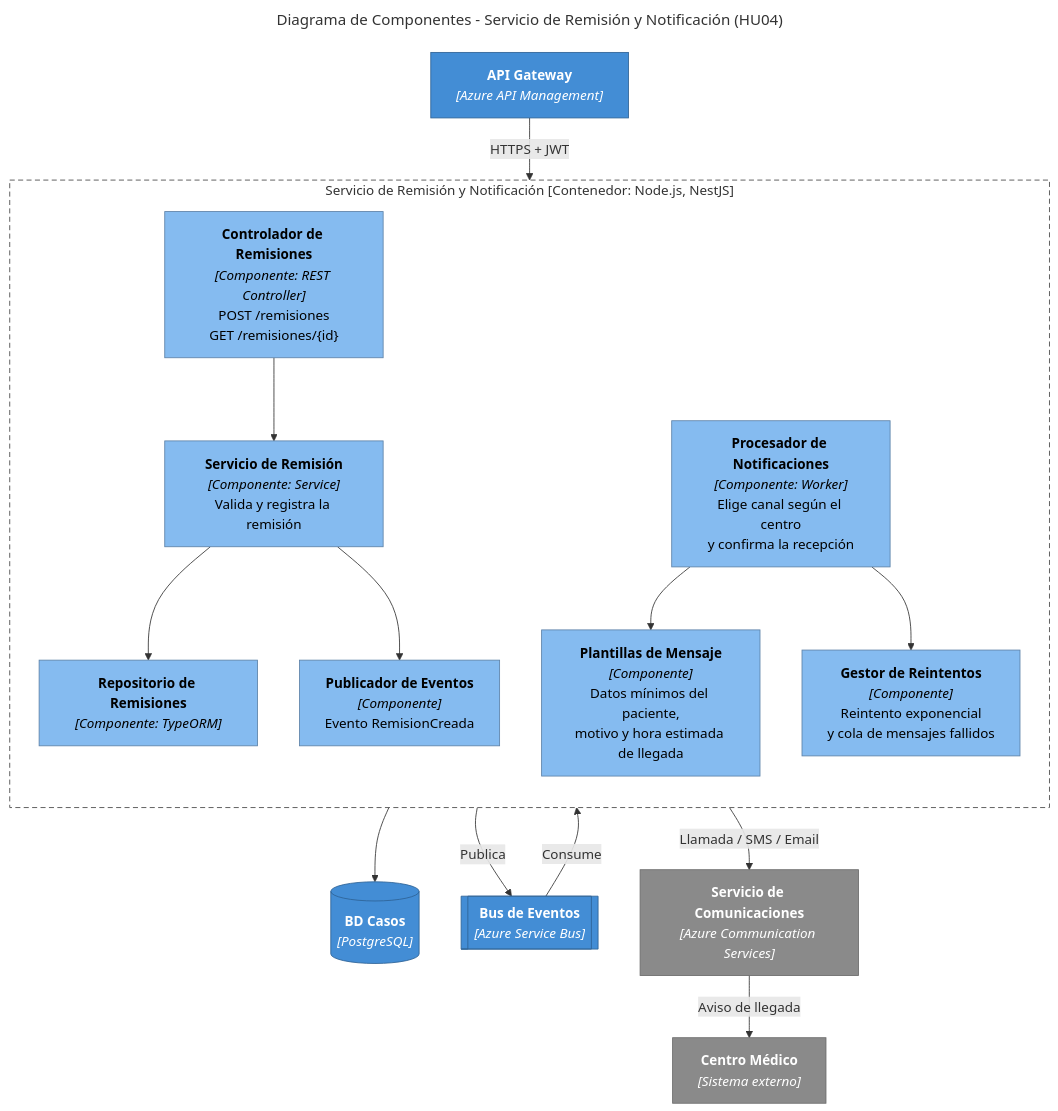
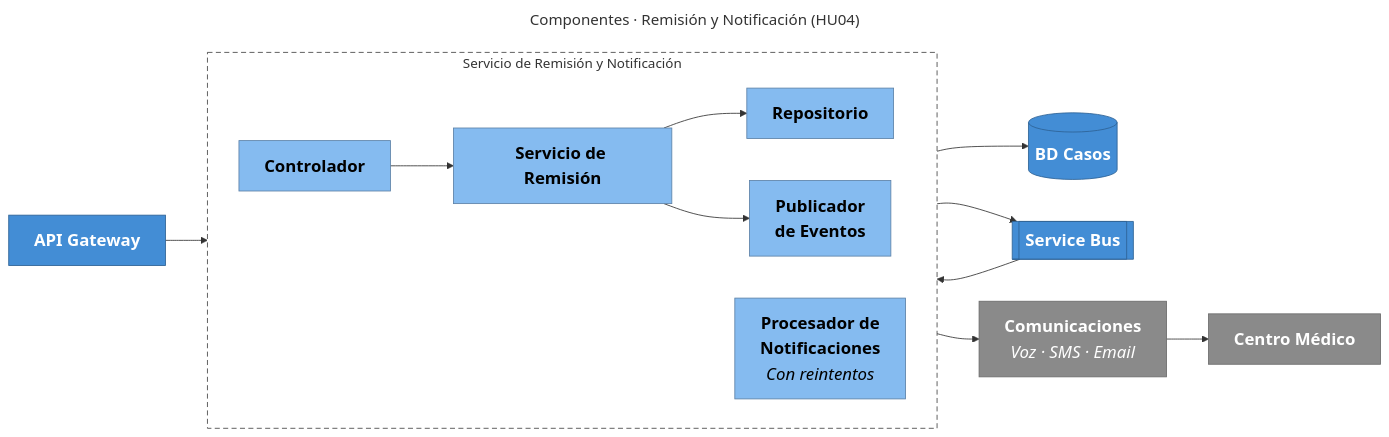
The diagram in diagramas/03d-componentes-remision.mmd (Jordy-Lv/medical-health-cloud-architecture), drawn with Mermaid before and after one commit. The commit also changed 19 other files, not shown here.

Commit message:
Simplifica los diagramas para que se lean mejor en pantalla

```diff
--- a/diagramas/03d-componentes-remision.mmd
+++ b/diagramas/03d-componentes-remision.mmd
@@ -1,41 +1,29 @@
 ---
-title: Diagrama de Componentes - Servicio de Remisión y Notificación (HU04)
+title: Componentes · Remisión y Notificación (HU04)
 ---
-flowchart TB
-  gateway["<b>API Gateway</b><br/><i>[Azure API Management]</i>"]
-
-  subgraph svc["Servicio de Remisión y Notificación [Contenedor: Node.js, NestJS]"]
-    direction TB
-    controlador["<b>Controlador de Remisiones</b><br/><i>[Componente: REST Controller]</i><br/>POST /remisiones<br/>GET /remisiones/{id}"]
-    servicio["<b>Servicio de Remisión</b><br/><i>[Componente: Service]</i><br/>Valida y registra la remisión"]
-    repo["<b>Repositorio de Remisiones</b><br/><i>[Componente: TypeORM]</i>"]
-    publicador["<b>Publicador de Eventos</b><br/><i>[Componente]</i><br/>Evento RemisionCreada"]
-    worker["<b>Procesador de Notificaciones</b><br/><i>[Componente: Worker]</i><br/>Elige canal según el centro<br/>y confirma la recepción"]
-    plantillas["<b>Plantillas de Mensaje</b><br/><i>[Componente]</i><br/>Datos mínimos del paciente,<br/>motivo y hora estimada de llegada"]
-    reintentos["<b>Gestor de Reintentos</b><br/><i>[Componente]</i><br/>Reintento exponencial<br/>y cola de mensajes fallidos"]
+flowchart LR
+  gateway["<b>API Gateway</b>"]
+  subgraph svc["Servicio de Remisión y Notificación"]
+    direction LR
+    controlador["<b>Controlador</b>"]
+    servicio["<b>Servicio de Remisión</b>"]
+    repo["<b>Repositorio</b>"]
+    publicador["<b>Publicador<br/>de Eventos</b>"]
+    worker["<b>Procesador de<br/>Notificaciones</b><br/><i>Con reintentos</i>"]
   end
-
-  db[("<b>BD Casos</b><br/><i>[PostgreSQL]</i>")]
-  bus[["<b>Bus de Eventos</b><br/><i>[Azure Service Bus]</i>"]]
-  acs["<b>Servicio de Comunicaciones</b><br/><i>[Azure Communication Services]</i>"]
-  centros["<b>Centro Médico</b><br/><i>[Sistema externo]</i>"]
-
-  gateway -- "HTTPS + JWT" --> controlador
-  controlador --> servicio
-  servicio --> repo
-  servicio --> publicador
-  repo --> db
-  publicador -- "Publica" --> bus
-  bus -- "Consume" --> worker
-  worker --> plantillas
-  worker --> reintentos
-  worker -- "Llamada / SMS / Email" --> acs
-  acs -- "Aviso de llegada" --> centros
-
-  classDef componente fill:#85bbf0,stroke:#5d82a8,color:#000000
-  classDef contenedor fill:#438dd5,stroke:#2e6295,color:#ffffff
-  classDef externo fill:#8a8a8a,stroke:#6b6b6b,color:#ffffff
-  class controlador,servicio,repo,publicador,worker,plantillas,reintentos componente
+  db[("<b>BD Casos</b>")]
+  bus[["<b>Service Bus</b>"]]
+  acs["<b>Comunicaciones</b><br/><i>Voz · SMS · Email</i>"]
+  centro["<b>Centro Médico</b>"]
+  gateway --> controlador --> servicio
+  servicio --> repo --> db
+  servicio --> publicador --> bus --> worker --> acs --> centro
+  classDef persona fill:#08427b,stroke:#052e56,color:#ffffff,font-size:20px
+  classDef sistema fill:#1168bd,stroke:#0b4884,color:#ffffff,font-size:22px
+  classDef contenedor fill:#438dd5,stroke:#2e6295,color:#ffffff,font-size:20px
+  classDef componente fill:#85bbf0,stroke:#5d82a8,color:#000000,font-size:20px
+  classDef externo fill:#8a8a8a,stroke:#6b6b6b,color:#ffffff,font-size:20px
+  class controlador,servicio,repo,publicador,worker componente
   class gateway,db,bus contenedor
-  class acs,centros externo
+  class acs,centro externo
   style svc fill:#ffffff,stroke:#444444,stroke-dasharray:6 4
```
